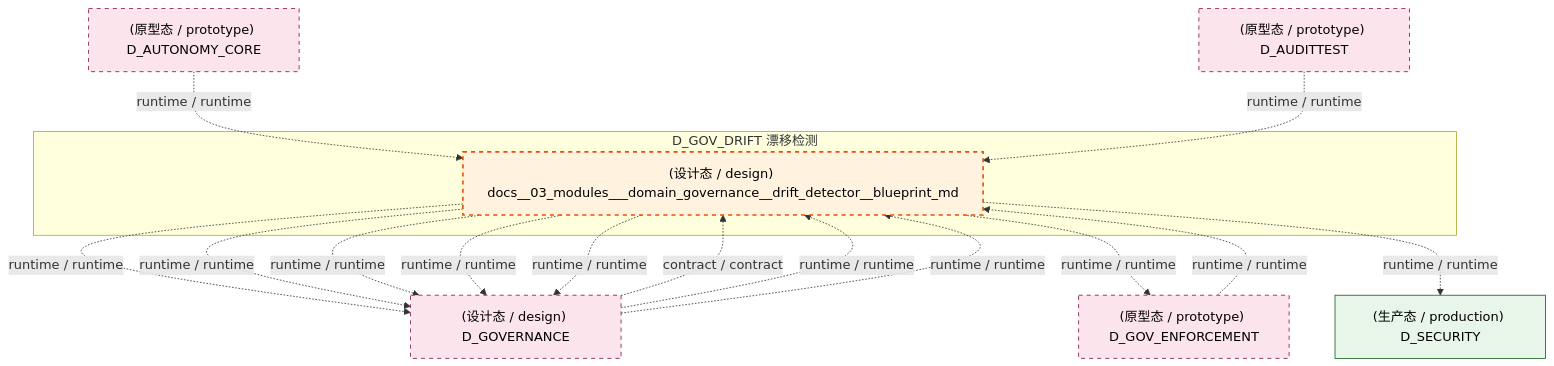
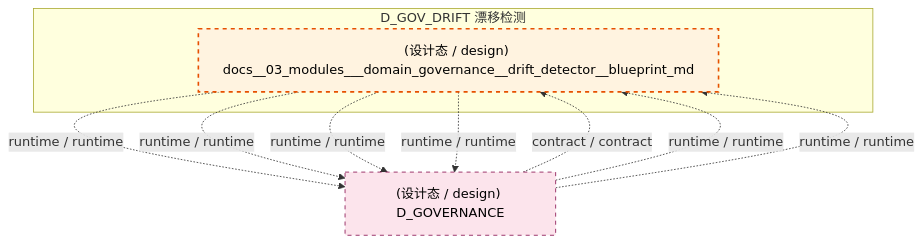
The first of 3 diagrams in docs/02_enterprise_architecture/02_domain_architecture_docs/34_d_gov_drift.md (xuanFelixVan/ZephyrAlpha), drawn with Mermaid before and after one commit. The commit also changed other lines of this file and 100 other files, not shown here.

````diff
--- a/docs/02_enterprise_architecture/02_domain_architecture_docs/34_d_gov_drift.md
+++ b/docs/02_enterprise_architecture/02_domain_architecture_docs/34_d_gov_drift.md
@@ -64,31 +64,20 @@
 ```mermaid
 graph TD
     subgraph D_GOV_DRIFT["D_GOV_DRIFT 漂移检测"]
         docs_03_modules_domain_governance_drift_detector_blueprint_md["(设计态 / design) docs__03_modules___domain_governance__drift_detector__blueprint_md"]
     end
     D_GOVERNANCE["(设计态 / design) D_GOVERNANCE"]
     docs_03_modules_domain_governance_drift_detector_blueprint_md -.->|runtime / runtime| D_GOVERNANCE
     docs_03_modules_domain_governance_drift_detector_blueprint_md -.->|runtime / runtime| D_GOVERNANCE
-    D_GOV_ENFORCEMENT["(原型态 / prototype) D_GOV_ENFORCEMENT"]
-    docs_03_modules_domain_governance_drift_detector_blueprint_md -.->|runtime / runtime| D_GOV_ENFORCEMENT
-    D_SECURITY["(生产态 / production) D_SECURITY"]
-    docs_03_modules_domain_governance_drift_detector_blueprint_md -.->|runtime / runtime| D_SECURITY
-    docs_03_modules_domain_governance_drift_detector_blueprint_md -.->|runtime / runtime| D_GOVERNANCE
     docs_03_modules_domain_governance_drift_detector_blueprint_md -.->|runtime / runtime| D_GOVERNANCE
     docs_03_modules_domain_governance_drift_detector_blueprint_md -.->|runtime / runtime| D_GOVERNANCE
     D_GOVERNANCE -.->|contract / contract| docs_03_modules_domain_governance_drift_detector_blueprint_md
     D_GOVERNANCE -.->|runtime / runtime| docs_03_modules_domain_governance_drift_detector_blueprint_md
     D_GOVERNANCE -.->|runtime / runtime| docs_03_modules_domain_governance_drift_detector_blueprint_md
-    D_GOV_ENFORCEMENT -.->|runtime / runtime| docs_03_modules_domain_governance_drift_detector_blueprint_md
-    D_AUTONOMY_CORE["(原型态 / prototype) D_AUTONOMY_CORE"]
-    D_AUTONOMY_CORE -.->|runtime / runtime| docs_03_modules_domain_governance_drift_detector_blueprint_md
-    D_AUDITTEST["(原型态 / prototype) D_AUDITTEST"]
-    D_AUDITTEST -.->|runtime / runtime| docs_03_modules_domain_governance_drift_detector_blueprint_md
     classDef production fill:#e1f5fe,stroke:#01579b,stroke-width:2px,color:#000
     classDef design fill:#fff3e0,stroke:#e65100,stroke-width:2px,color:#000,stroke-dasharray: 5 5
     classDef external_prod fill:#e8f5e9,stroke:#1b5e20,stroke-width:1px,color:#000
     classDef external_design fill:#fce4ec,stroke:#880e4f,stroke-width:1px,color:#000,stroke-dasharray: 5 5
     class docs_03_modules_domain_governance_drift_detector_blueprint_md design
-    class D_SECURITY external_prod
-    class D_GOVERNANCE,D_GOV_ENFORCEMENT,D_AUTONOMY_CORE,D_AUDITTEST external_design
+    class D_GOVERNANCE external_design
 ```
````
